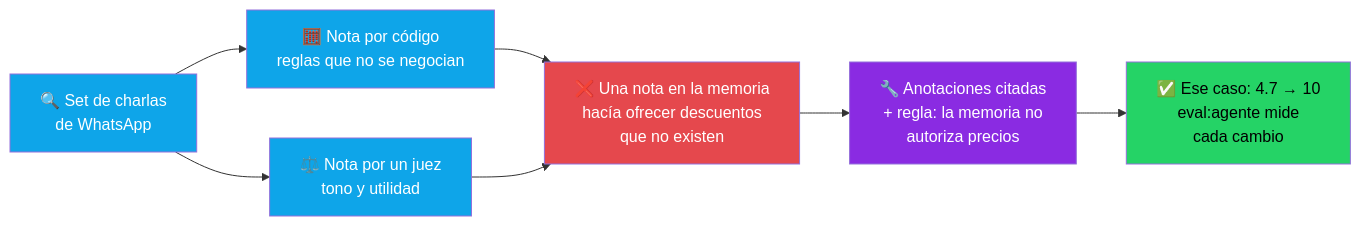
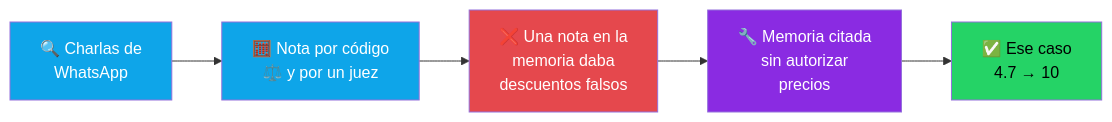
The ninth of 15 diagrams in README.md (grancobud/arm-whatsapp), drawn with Mermaid before and after one commit. The commit also changed other lines of this file, not shown here.

Commit message:
docs: diagramas de auditoría más compactos (entran en pantallas angostas)

````diff
--- a/README.md
+++ b/README.md
@@ -285,15 +280,11 @@
 ```mermaid
 flowchart LR
-    P[🔍 Set de charlas<br/>de WhatsApp] --> C1[🧮 Nota por código<br/>reglas que no se negocian]
-    P --> C2[⚖️ Nota por un juez<br/>tono y utilidad]
-    C1 & C2 --> F[❌ Una nota en la memoria<br/>hacía ofrecer descuentos<br/>que no existen]
-    F --> M[🔧 Anotaciones citadas<br/>+ regla: la memoria no<br/>autoriza precios]
-    M --> R[✅ Ese caso: 4.7 → 10<br/>eval:agente mide<br/>cada cambio]
-
-    style P fill:#0EA5E9,color:#fff
-    style C1 fill:#0EA5E9,color:#fff
-    style C2 fill:#0EA5E9,color:#fff
-    style F fill:#E5484D,color:#fff
-    style M fill:#8A2BE2,color:#fff
-    style R fill:#25D366,color:#000
+    P[🔍 Charlas de<br/>WhatsApp]:::p --> C[🧮 Nota por código<br/>⚖️ y por un juez]:::p
+    C --> F[❌ Una nota en la<br/>memoria daba<br/>descuentos falsos]:::f
+    F --> M[🔧 Memoria citada<br/>sin autorizar<br/>precios]:::m
+    M --> R[✅ Ese caso<br/>4.7 → 10]:::r
+    classDef p fill:#0EA5E9,color:#fff
+    classDef f fill:#E5484D,color:#fff
+    classDef m fill:#8A2BE2,color:#fff
+    classDef r fill:#25D366,color:#000
 ```
````
